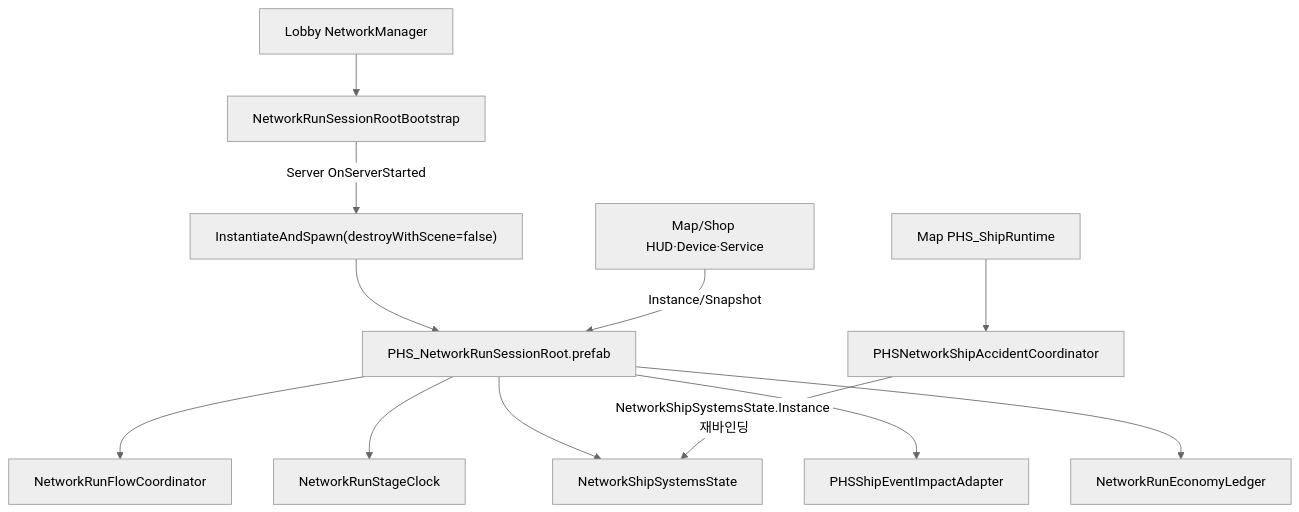
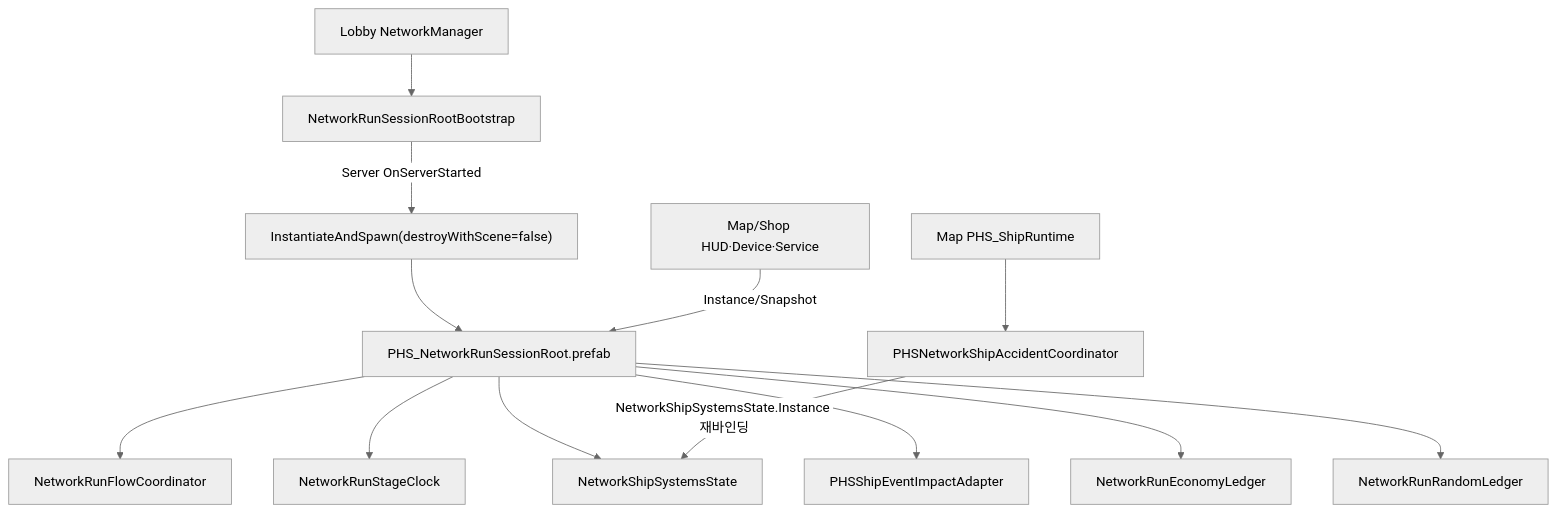
The diagram in Docs/PHS_RUN_SESSION_ROOT_IMPLEMENTATION_0718.md (bokings34-ui/LastJumpCrew_Copy), drawn with Mermaid (neutral theme) before and after one commit. The commit also changed other lines of this file and 19 other files, not shown here.

Commit message:
feat: add deterministic run rng ledger

````diff
--- a/Docs/PHS_RUN_SESSION_ROOT_IMPLEMENTATION_0718.md
+++ b/Docs/PHS_RUN_SESSION_ROOT_IMPLEMENTATION_0718.md
@@ -20,14 +21,15 @@
 ```mermaid
 flowchart TB
     A["Lobby NetworkManager"] --> B["NetworkRunSessionRootBootstrap"]
     B -->|"Server OnServerStarted"| C["InstantiateAndSpawn(destroyWithScene=false)"]
     C --> D["PHS_NetworkRunSessionRoot.prefab"]
     D --> E["NetworkRunFlowCoordinator"]
     D --> F["NetworkRunStageClock"]
     D --> G["NetworkShipSystemsState"]
     D --> H["PHSShipEventImpactAdapter"]
     D --> L["NetworkRunEconomyLedger"]
+    D --> M["NetworkRunRandomLedger"]
     I["Map PHS_ShipRuntime"] --> J["PHSNetworkShipAccidentCoordinator"]
     J -->|"NetworkShipSystemsState.Instance 재바인딩"| G
     K["Map/Shop HUD·Device·Service"] -->|"Instance/Snapshot"| D
 ```
````
